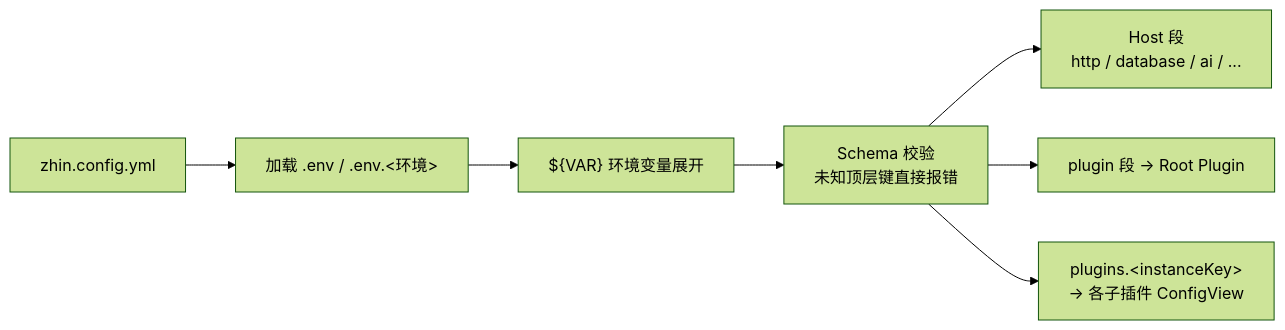
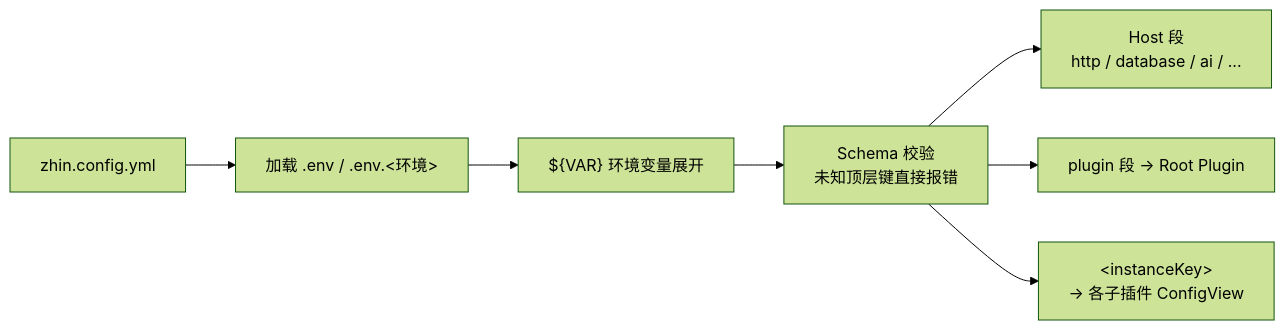
One commit to zhinjs/zhin changed the diagram in docs/configuration/index.md. Above: the diagram before and after it, drawn with Mermaid (forest theme). The commit also changed other lines of this file and 269 other files, not shown here.

````diff
--- a/docs/configuration/index.md
+++ b/docs/configuration/index.md
@@ -54,9 +54,9 @@
 ```mermaid
 flowchart LR
     A[zhin.config.yml] --> B[加载 .env / .env.&lt;环境&gt;]
     B --> C["${VAR} 环境变量展开"]
     C --> D[Schema 校验<br/>未知顶层键直接报错]
     D --> E[Host 段<br/>http / database / ai / ...]
     D --> F[plugin 段 → Root Plugin]
-    D --> G[plugins.&lt;instanceKey&gt;<br/>→ 各子插件 ConfigView]
+    D --> G[&lt;instanceKey&gt;<br/>→ 各子插件 ConfigView]
 ```
````
